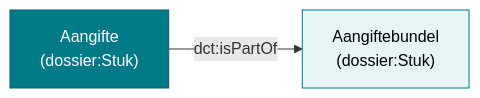
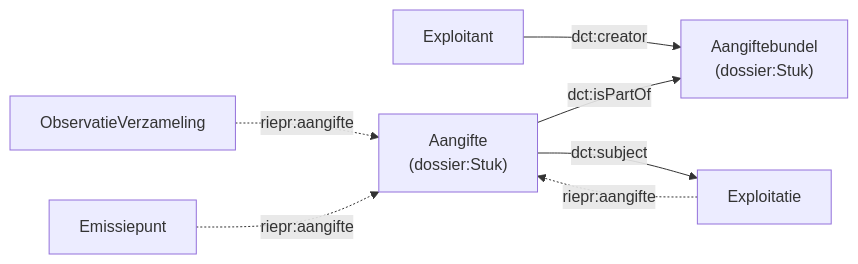
Before and after one commit to milieuinfo/RIE-IEPR: the diagram in documentatie/datamodel/afname/aangifte.md, drawn with Mermaid. The commit also changed other lines of this file and 46 other files, not shown here.

````diff
--- a/documentatie/datamodel/afname/aangifte.md
+++ b/documentatie/datamodel/afname/aangifte.md
@@ -41,7 +130,9 @@
 ```mermaid
 graph LR
-    Aangifte["Aangifte<br/>(dossier:Stuk)"] -->|dct:isPartOf| Bundel["Aangiftebundel<br/>(dossier:Stuk)"]
-    
-    style Aangifte fill:#007A87,stroke:#005f6a,color:#fff
-    style Bundel fill:#e6f4f5,stroke:#007A87,color:#000
+    Exploitant["Exploitant"] -->|dct:creator| Bundel["Aangiftebundel<br/>(dossier:Stuk)"]
+    Aangifte["Aangifte<br/>(dossier:Stuk)"] -->|dct:isPartOf| Bundel
+    Exploitatie["Exploitatie"] -.->|riepr:aangifte| Aangifte
+    ObservatieVerzameling["ObservatieVerzameling"] -.->|riepr:aangifte| Aangifte
+    Emissiepunt["Emissiepunt"] -.->|riepr:aangifte| Aangifte
+    Aangifte -->|dct:subject| Exploitatie
 ```
````
